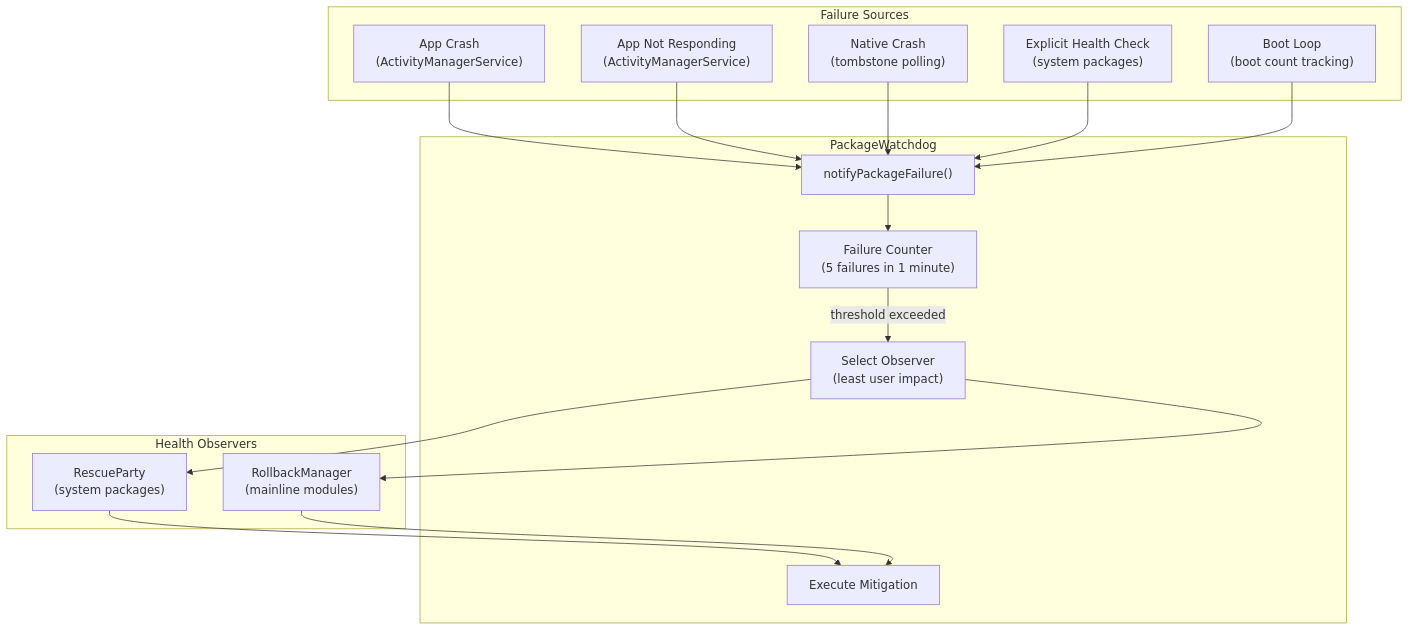
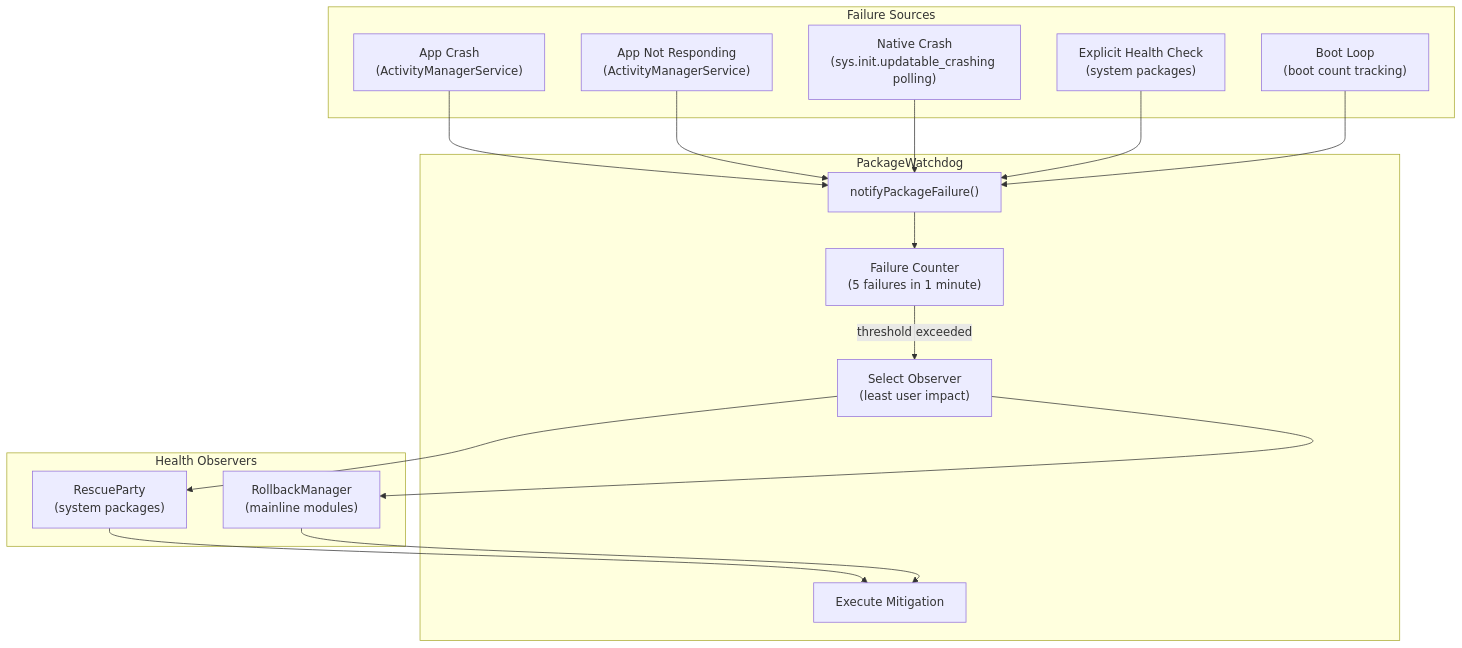
Before and after one commit to aospbooks/aosp-internal-book: diagram 17 of 24 in agents/claude/skills/aosp-framework-core/20-system-server.md, drawn with Mermaid. The commit also changed other lines of this file and 218 other files, not shown here.

````diff
--- a/agents/claude/skills/aosp-framework-core/20-system-server.md
+++ b/agents/claude/skills/aosp-framework-core/20-system-server.md
@@ -4011,35 +4040,35 @@
 ```mermaid
 graph TB
     subgraph "Failure Sources"
         APP_CRASH["App Crash<br/>(ActivityManagerService)"]
         ANR["App Not Responding<br/>(ActivityManagerService)"]
-        NATIVE["Native Crash<br/>(tombstone polling)"]
+        NATIVE["Native Crash<br/>(sys.init.updatable_crashing polling)"]
         HEALTH["Explicit Health Check<br/>(system packages)"]
         BOOT["Boot Loop<br/>(boot count tracking)"]
     end
 
     subgraph "PackageWatchdog"
         NOTIFY["notifyPackageFailure()"]
         COUNT["Failure Counter<br/>(5 failures in 1 minute)"]
         SELECT["Select Observer<br/>(least user impact)"]
         MITIGATE["Execute Mitigation"]
     end
 
     subgraph "Health Observers"
         RP["RescueParty<br/>(system packages)"]
         ROLLBACK["RollbackManager<br/>(mainline modules)"]
     end
 
     APP_CRASH --> NOTIFY
     ANR --> NOTIFY
     NATIVE --> NOTIFY
     HEALTH --> NOTIFY
     BOOT --> NOTIFY
 
     NOTIFY --> COUNT
     COUNT -->|"threshold exceeded"| SELECT
     SELECT --> RP
     SELECT --> ROLLBACK
     RP --> MITIGATE
     ROLLBACK --> MITIGATE
 ```
````
